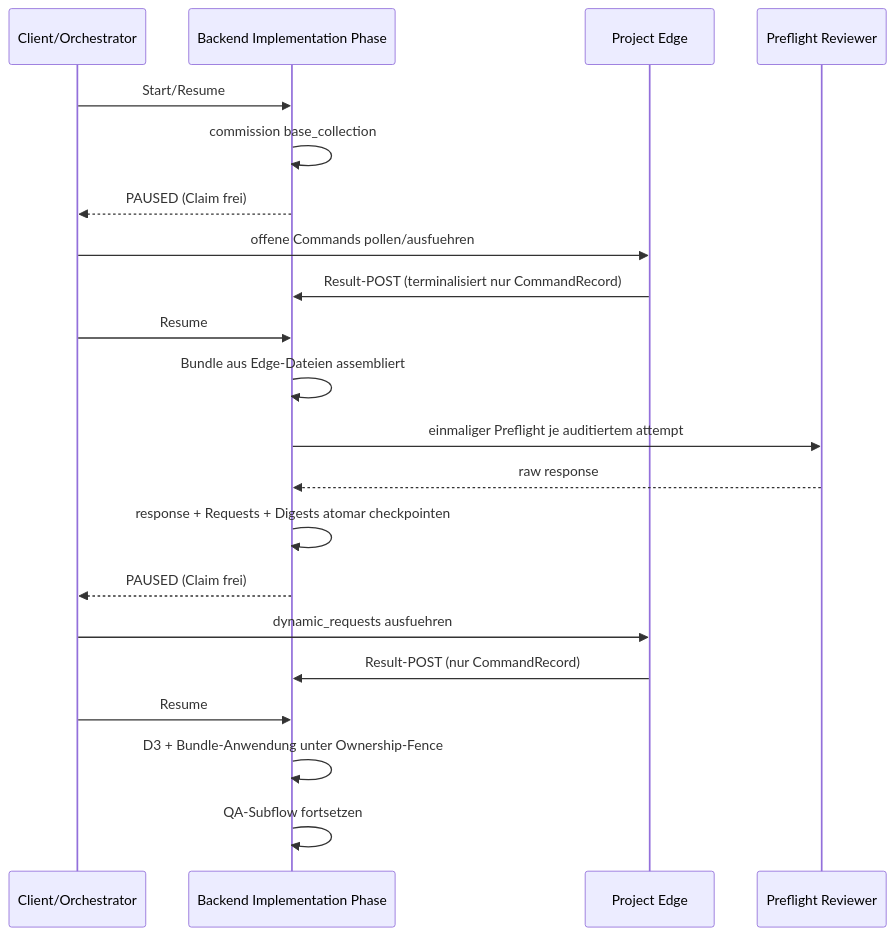
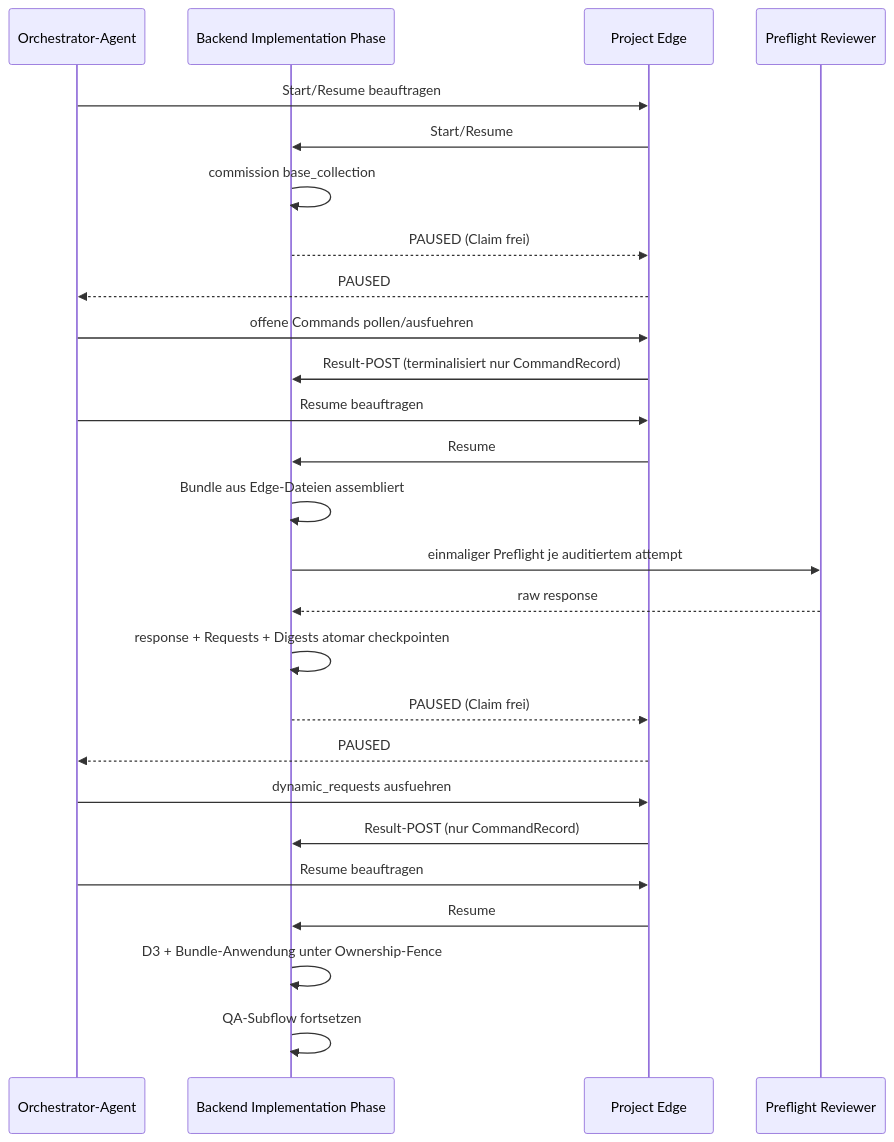
One commit to saltenhof/claude-agentkit3 changed the diagram in concept/technical-design/47_request_dsl_und_preflight_turn.md. Above: the diagram before and after it, drawn with Mermaid. The commit also changed 365 other files, not shown here.

````diff
--- a/concept/technical-design/47_request_dsl_und_preflight_turn.md
+++ b/concept/technical-design/47_request_dsl_und_preflight_turn.md
@@ -109,23 +109,28 @@
 ```mermaid
 sequenceDiagram
-    participant C as Client/Orchestrator
+    participant C as Orchestrator-Agent
     participant B as Backend Implementation Phase
     participant E as Project Edge
     participant R as Preflight Reviewer
-    C->>B: Start/Resume
+    C->>E: Start/Resume beauftragen
+    E->>B: Start/Resume
     B->>B: commission base_collection
-    B-->>C: PAUSED (Claim frei)
+    B-->>E: PAUSED (Claim frei)
+    E-->>C: PAUSED
     C->>E: offene Commands pollen/ausfuehren
     E->>B: Result-POST (terminalisiert nur CommandRecord)
-    C->>B: Resume
+    C->>E: Resume beauftragen
+    E->>B: Resume
     B->>B: Bundle aus Edge-Dateien assembliert
     B->>R: einmaliger Preflight je auditiertem attempt
     R-->>B: raw response
     B->>B: response + Requests + Digests atomar checkpointen
-    B-->>C: PAUSED (Claim frei)
+    B-->>E: PAUSED (Claim frei)
+    E-->>C: PAUSED
     C->>E: dynamic_requests ausfuehren
     E->>B: Result-POST (nur CommandRecord)
-    C->>B: Resume
+    C->>E: Resume beauftragen
+    E->>B: Resume
     B->>B: D3 + Bundle-Anwendung unter Ownership-Fence
     B->>B: QA-Subflow fortsetzen
 ```
````
